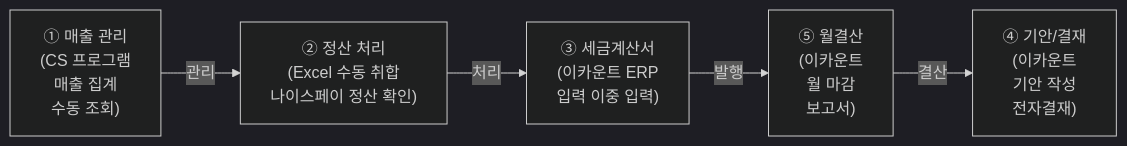
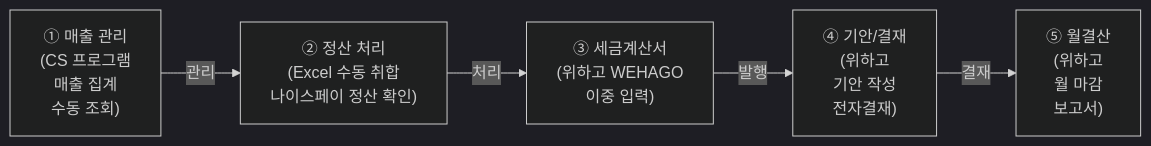
One commit to sknkwoxs/manual-book changed the third of 10 diagrams in src/content/docs/goodthinking-isp/02-analysis/business-analysis.md. Above: the diagram before and after it, drawn with Mermaid (dark theme). The commit also changed other lines of this file and 16 other files, not shown here.

````diff
--- a/src/content/docs/goodthinking-isp/02-analysis/business-analysis.md
+++ b/src/content/docs/goodthinking-isp/02-analysis/business-analysis.md
@@ -100,7 +99,7 @@
 ```mermaid
 flowchart LR
     A["① 매출 관리<br/>(CS 프로그램<br/>매출 집계<br/>수동 조회)"] -->|관리| B["② 정산 처리<br/>(Excel 수동 취합<br/>나이스페이 정산 확인)"]
-    B -->|처리| C["③ 세금계산서<br/>(이카운트 ERP<br/>입력 이중 입력)"]
-    C -->|발행| D["⑤ 월결산<br/>(이카운트<br/>월 마감<br/>보고서)"]
-    D -->|결산| E["④ 기안/결재<br/>(이카운트<br/>기안 작성<br/>전자결재)"]
+    B -->|처리| C["③ 세금계산서<br/>(위하고 WEHAGO<br/>이중 입력)"]
+    C -->|발행| D["④ 기안/결재<br/>(위하고<br/>기안 작성<br/>전자결재)"]
+    D -->|결재| E["⑤ 월결산<br/>(위하고<br/>월 마감<br/>보고서)"]
 ```
````
